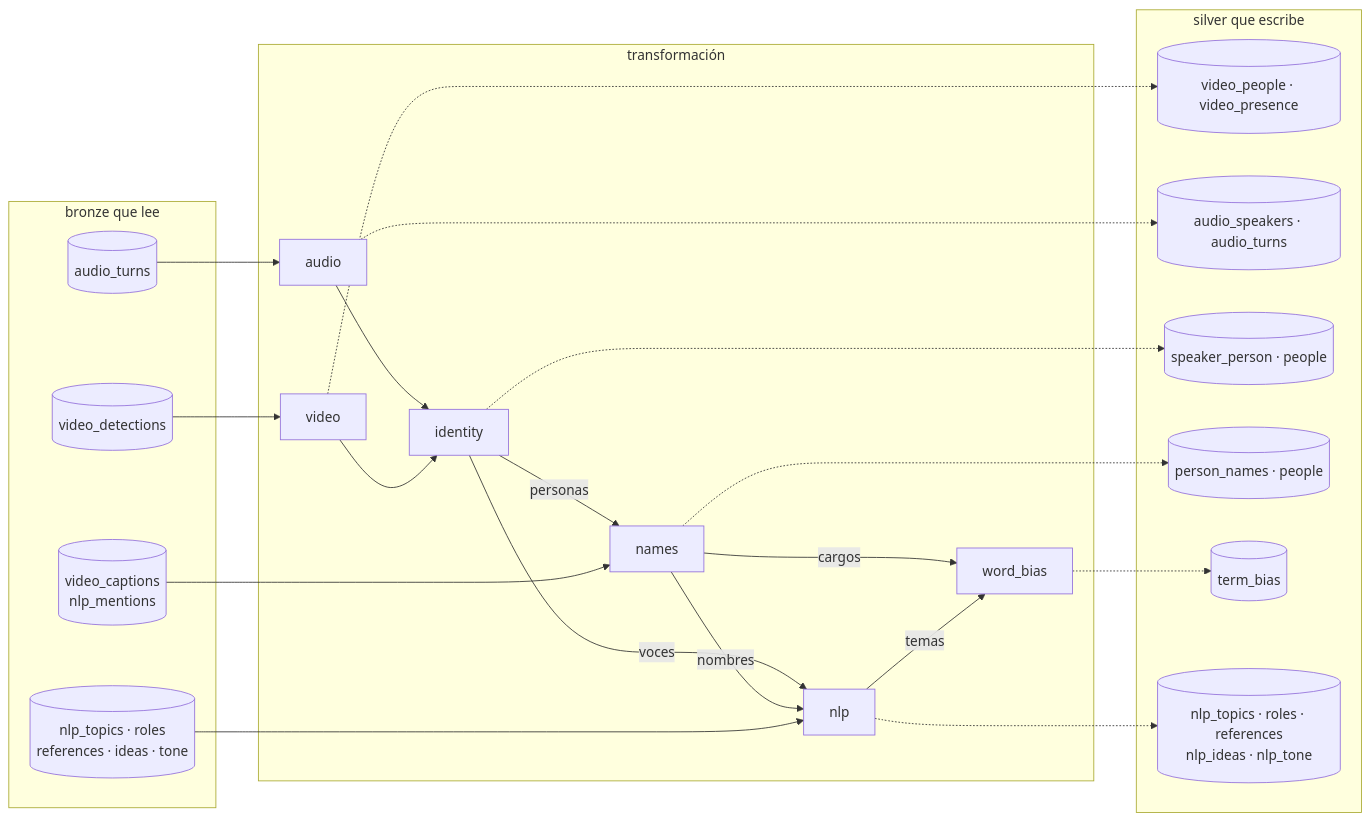
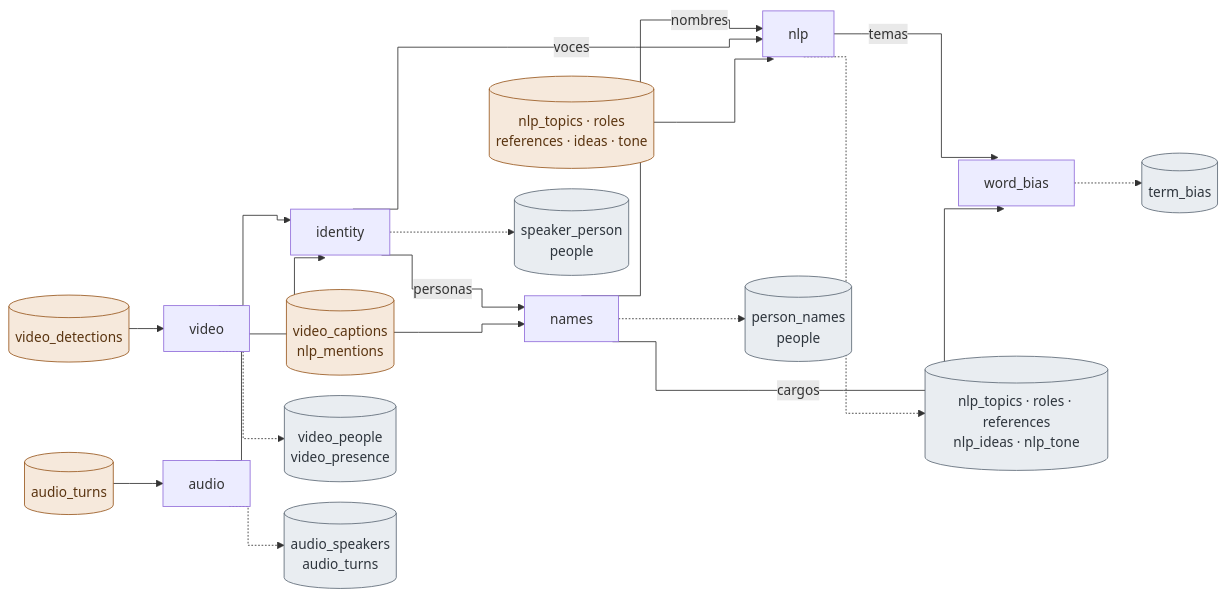
One commit to ComunidadIA-OS/attention-is-all-she-needs changed the second of 3 diagrams in ARCHITECTURE.md. Above: the diagram before and after it, drawn with Mermaid. The commit also changed other lines of this file, not shown here.

Commit message:
docs: correct text architecture

````diff
--- a/ARCHITECTURE.md
+++ b/ARCHITECTURE.md
@@ -118,42 +125,27 @@
 ```mermaid
+%%{init: {"flowchart": {"curve": "step", "nodeSpacing": 24, "rankSpacing": 40}}}%%
 flowchart LR
-    subgraph B["bronze que lee"]
-        VD[(video_detections)]
-        AT[(audio_turns)]
-        CM[("video_captions<br/>nlp_mentions")]
-        NL[("nlp_topics · roles<br/>references · ideas · tone")]
-    end
-    subgraph T["transformación"]
-        video
-        audio
-        identity
-        names
-        nlp
-        word_bias
-    end
-    subgraph S["silver que escribe"]
-        S1[("video_people · video_presence")]
-        S2[("audio_speakers · audio_turns")]
-        S3[("speaker_person · people")]
-        S4[("person_names · people")]
-        S5[(term_bias)]
-        S6[("nlp_topics · roles · references<br/>nlp_ideas · nlp_tone")]
-    end
-    VD --> video
-    AT --> audio
-    CM --> names
-    NL --> nlp
+    VD[(video_detections)] --> video
+    AT[(audio_turns)] --> audio
     video --> identity
     audio --> identity
     identity -- personas --> names
+    CM[("video_captions<br/>nlp_mentions")] --> names
     names -- nombres --> nlp
     identity -- voces --> nlp
+    NL[("nlp_topics · roles<br/>references · ideas · tone")] --> nlp
     nlp -- temas --> word_bias
     names -- cargos --> word_bias
-    video -.-> S1
-    audio -.-> S2
-    identity -.-> S3
-    names -.-> S4
-    word_bias -.-> S5
-    nlp -.-> S6
+
+    video -.-> S1[("video_people<br/>video_presence")]
+    audio -.-> S2[("audio_speakers<br/>audio_turns")]
+    identity -.-> S3[("speaker_person<br/>people")]
+    names -.-> S4[("person_names<br/>people")]
+    nlp -.-> S6[("nlp_topics · roles · references<br/>nlp_ideas · nlp_tone")]
+    word_bias -.-> S5[(term_bias)]
+
+    classDef bronze fill:#f6e9dc,stroke:#9a5a22,color:#5a3410
+    classDef silver fill:#e9edf1,stroke:#5f6b78,color:#2e353d
+    class VD,AT,CM,NL bronze
+    class S1,S2,S3,S4,S5,S6 silver
 ```
````
